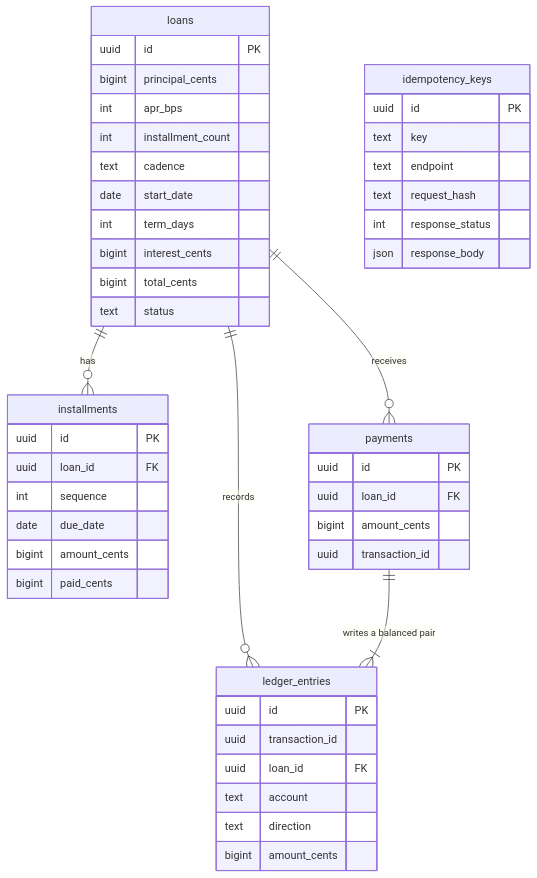
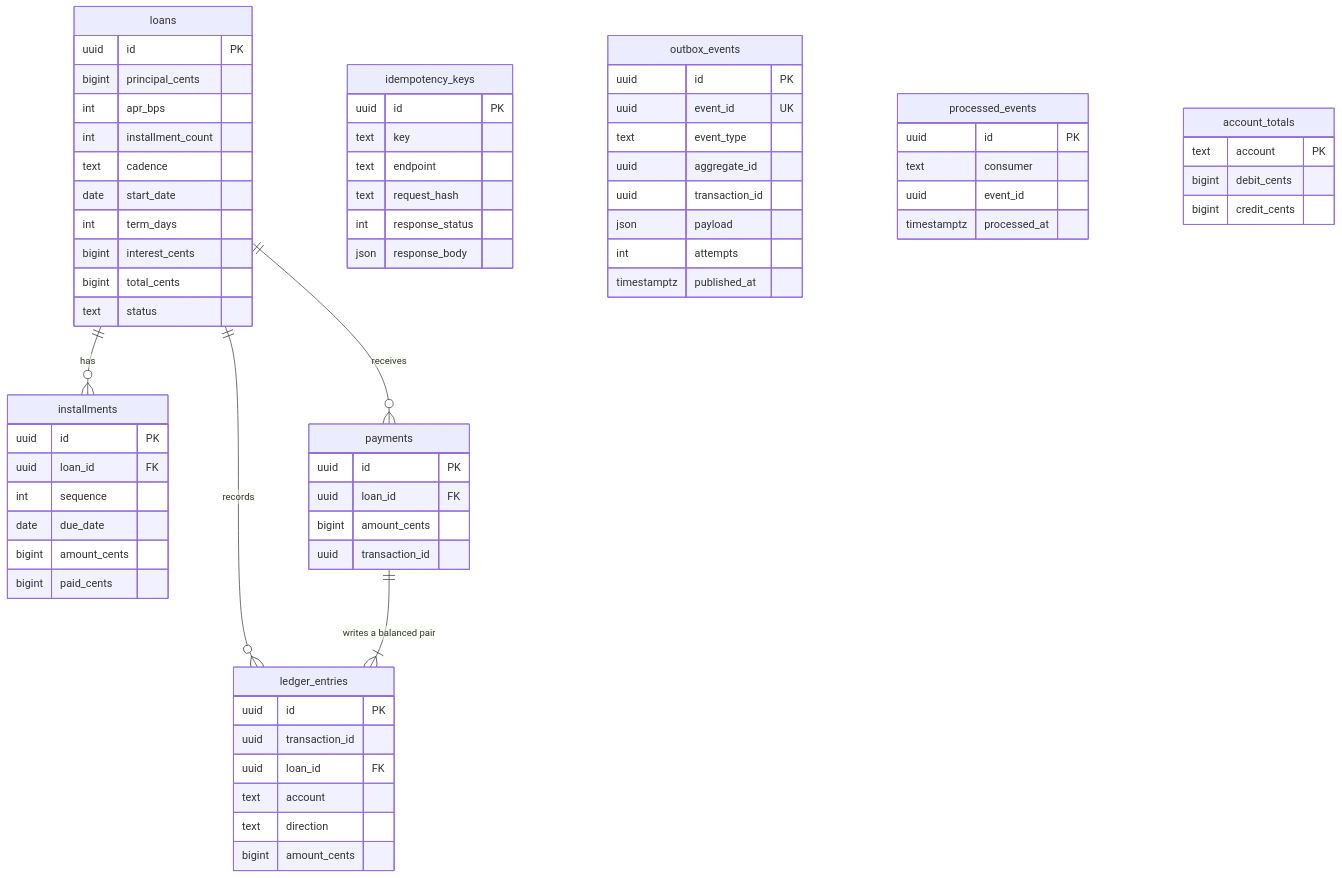
One commit to vamsi513/installment-ledger changed the diagram in README.md. Above: the diagram before and after it, drawn with Mermaid. The commit also changed other lines of this file and 16 other files, not shown here.

First line of the commit message:
Add transactional outbox events with RabbitMQ (#3)

````diff
--- a/README.md
+++ b/README.md
@@ -14,50 +14,71 @@
 ```mermaid
 erDiagram
     loans ||--o{ installments : "has"
     loans ||--o{ payments : "receives"
     loans ||--o{ ledger_entries : "records"
     payments ||--|{ ledger_entries : "writes a balanced pair"
 
     loans {
         uuid id PK
         bigint principal_cents
         int apr_bps
         int installment_count
         text cadence
         date start_date
         int term_days
         bigint interest_cents
         bigint total_cents
         text status
     }
     installments {
         uuid id PK
         uuid loan_id FK
         int sequence
         date due_date
         bigint amount_cents
         bigint paid_cents
     }
     payments {
         uuid id PK
         uuid loan_id FK
         bigint amount_cents
         uuid transaction_id
     }
     ledger_entries {
         uuid id PK
         uuid transaction_id
         uuid loan_id FK
         text account
         text direction
         bigint amount_cents
     }
     idempotency_keys {
         uuid id PK
         text key
         text endpoint
         text request_hash
         int response_status
         json response_body
     }
+    outbox_events {
+        uuid id PK
+        uuid event_id UK
+        text event_type
+        uuid aggregate_id
+        uuid transaction_id
+        json payload
+        int attempts
+        timestamptz published_at
+    }
+    processed_events {
+        uuid id PK
+        text consumer
+        uuid event_id
+        timestamptz processed_at
+    }
+    account_totals {
+        text account PK
+        bigint debit_cents
+        bigint credit_cents
+    }
 ```
````
